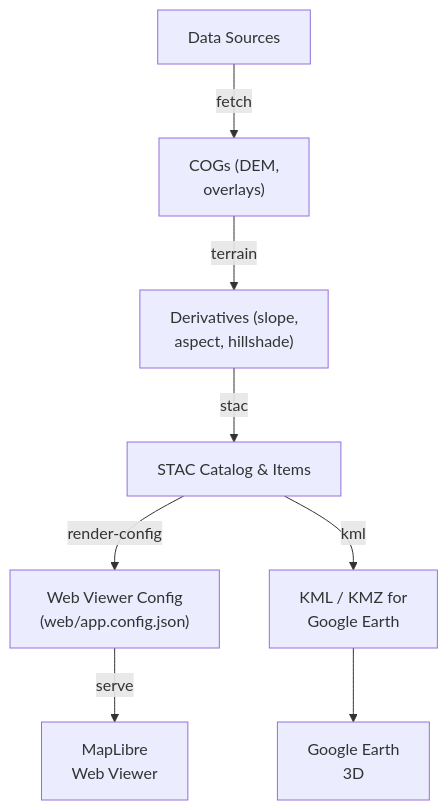
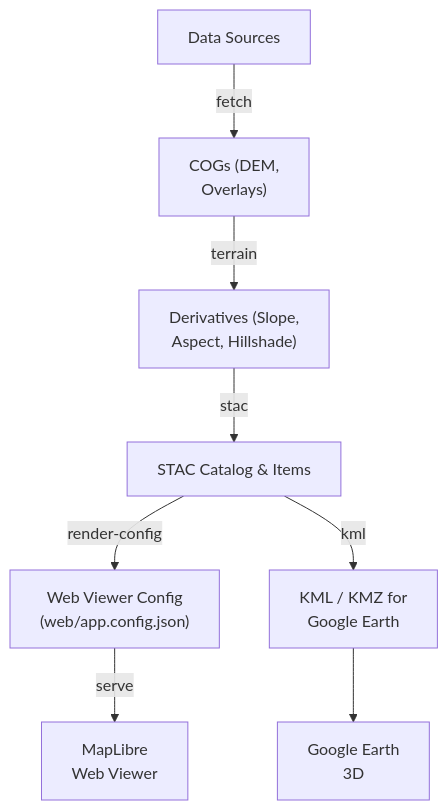
The first of 2 diagrams in README.md (bartytime4life/Kansas-Frontier-Matrix), drawn with Mermaid before and after one commit. The commit also changed other lines of this file, not shown here.

`````diff
--- a/README.md
+++ b/README.md
@@ -78,10 +72,10 @@
 ```mermaid
 flowchart TD
-  A["Data Sources"] -->|fetch| B["COGs (DEM,\noverlays)"]
-  B -->|terrain| C["Derivatives (slope,\naspect, hillshade)"]
+  A["Data Sources"] -->|fetch| B["COGs (DEM,\nOverlays)"]
+  B -->|terrain| C["Derivatives (Slope,\nAspect, Hillshade)"]
   C -->|stac| D["STAC Catalog & Items"]
   D -->|render-config| E["Web Viewer Config\n(web/app.config.json)"]
   D -->|kml| F["KML / KMZ for\nGoogle Earth"]
   E -->|serve| G["MapLibre\nWeb Viewer"]
   F --> H["Google Earth\n3D"]
 ````
`````
